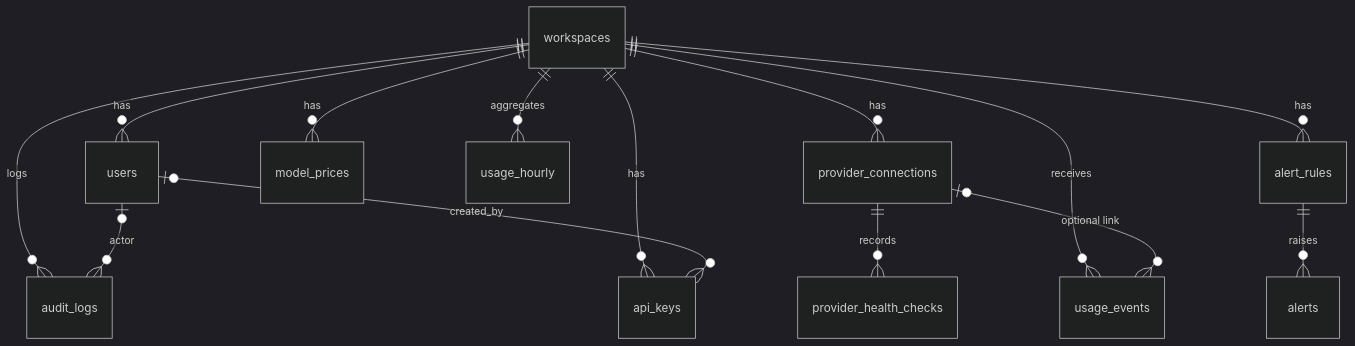
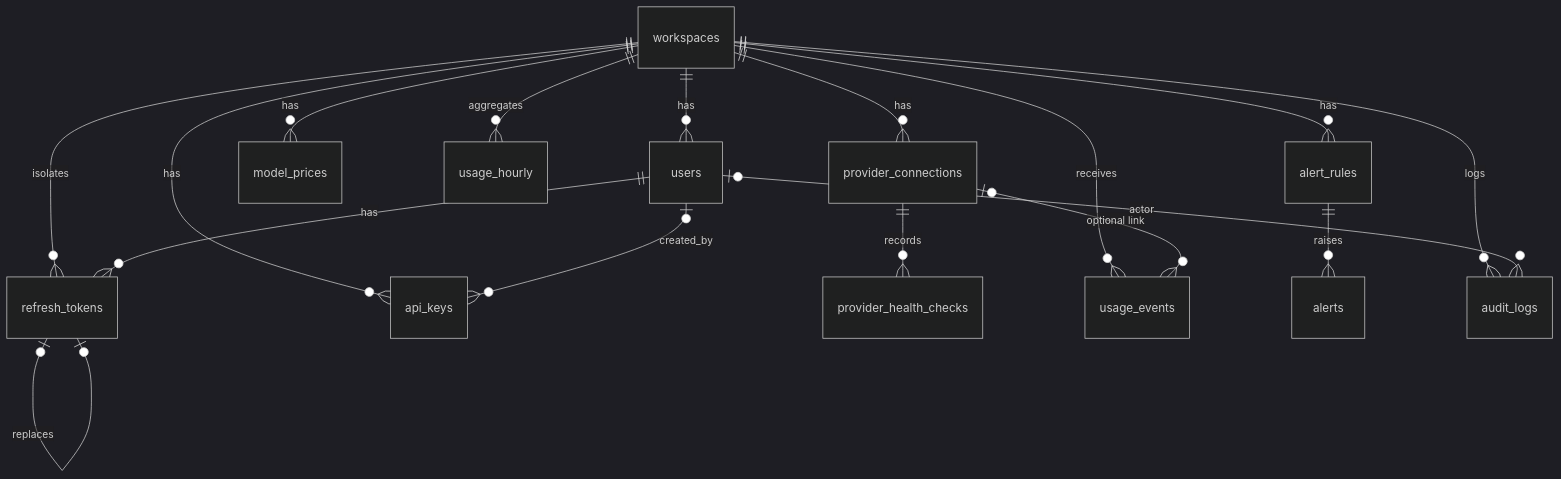
Before and after one commit to haseebcs6687/Kestrel-: the diagram in docs/DATABASE_SCHEMA.md, drawn with Mermaid (dark theme). The commit also changed other lines of this file and 3 other files, not shown here.

Commit message:
test(backend): close Milestone 4 review gaps (tests, ADR-020/023, schema doc)

````diff
--- a/docs/DATABASE_SCHEMA.md
+++ b/docs/DATABASE_SCHEMA.md
@@ -31,16 +31,19 @@
 ```mermaid
 erDiagram
   workspaces ||--o{ users : has
+  workspaces ||--o{ refresh_tokens : isolates
+  users ||--o{ refresh_tokens : has
+  refresh_tokens |o--o| refresh_tokens : replaces
   workspaces ||--o{ api_keys : has
   workspaces ||--o{ provider_connections : has
   provider_connections ||--o{ provider_health_checks : records
   workspaces ||--o{ model_prices : has
   workspaces ||--o{ usage_events : receives
   provider_connections |o--o{ usage_events : "optional link"
   workspaces ||--o{ usage_hourly : aggregates
   workspaces ||--o{ alert_rules : has
   alert_rules ||--o{ alerts : raises
   workspaces ||--o{ audit_logs : logs
   users |o--o{ audit_logs : actor
   users |o--o{ api_keys : created_by
 ```
````
